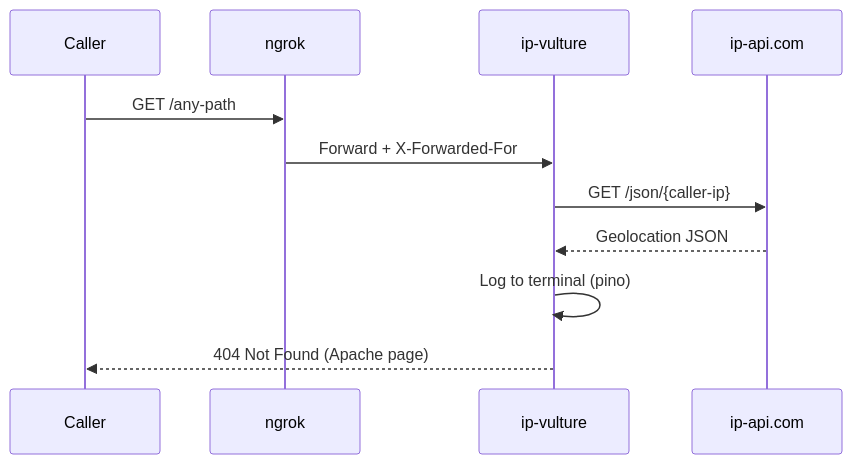
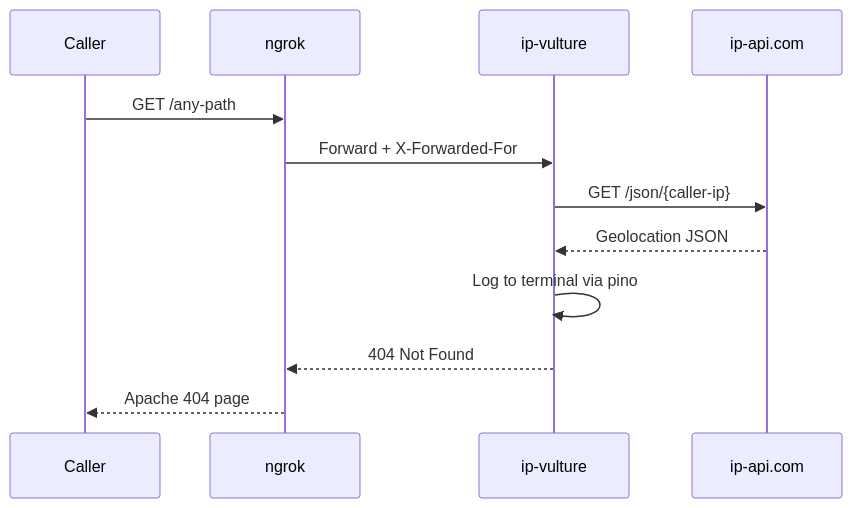
The diagram in README.md (gufranco/ip-vulture), drawn with Mermaid before and after one commit. The commit also changed other lines of this file and 1 other file, not shown here.

````diff
--- a/README.md
+++ b/README.md
@@ -54,14 +55,15 @@
 ```mermaid
 sequenceDiagram
     participant C as Caller
     participant N as ngrok
     participant S as ip-vulture
     participant G as ip-api.com
 
     C->>N: GET /any-path
     N->>S: Forward + X-Forwarded-For
     S->>G: GET /json/{caller-ip}
     G-->>S: Geolocation JSON
-    S->>S: Log to terminal (pino)
-    S-->>C: 404 Not Found (Apache page)
+    S->>S: Log to terminal via pino
+    S-->>N: 404 Not Found
+    N-->>C: Apache 404 page
 ```
````
